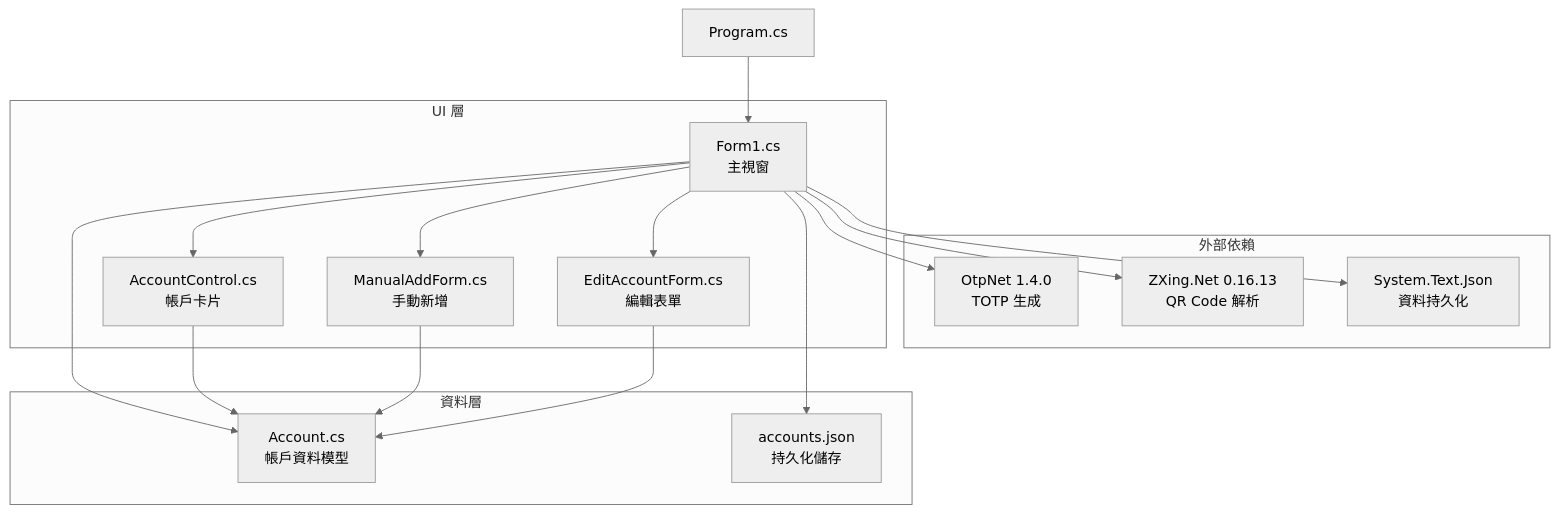
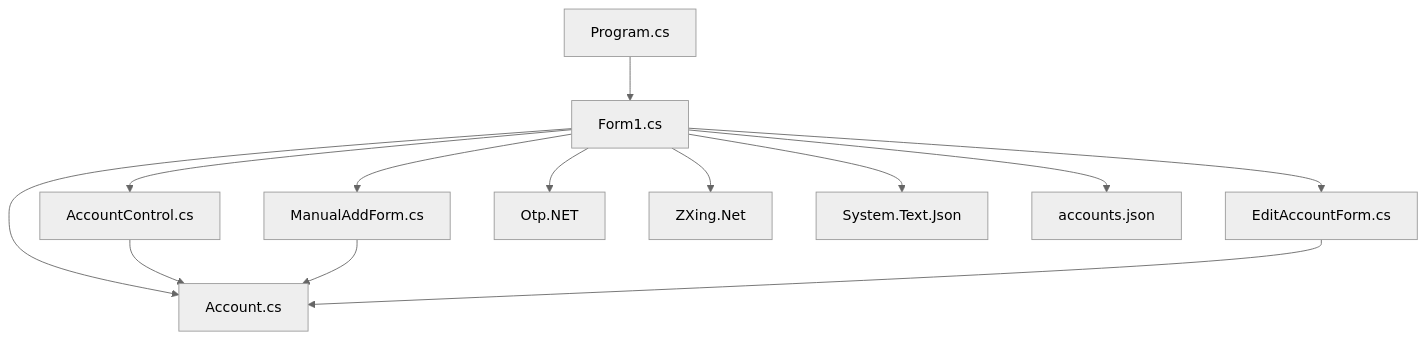
The second of 6 diagrams in README.md (DAOjun0690/TOTPAuthenticator), drawn with Mermaid (neutral theme) before and after one commit. The commit also changed other lines of this file and 16 other files, not shown here.

````diff
--- a/README.md
+++ b/README.md
@@ -53,36 +173,18 @@
 ```mermaid
 graph TB
     Program[Program.cs] --> Form1[Form1.cs]
-    
+
     Form1 --> Account[Account.cs]
     Form1 --> AccountControl[AccountControl.cs]
     Form1 --> ManualAddForm[ManualAddForm.cs]
     Form1 --> EditAccountForm[EditAccountForm.cs]
-    Form1 --> OtpNet[OtpNet 套件]
-    Form1 --> ZXing[ZXing 套件]
+    Form1 --> OtpNet[Otp.NET]
+    Form1 --> ZXing[ZXing.Net]
     Form1 --> JSON[System.Text.Json]
-    
+
     AccountControl --> Account
     ManualAddForm --> Account
     EditAccountForm --> Account
-    
-    subgraph "外部依賴"
-        OtpNet["OtpNet 1.4.0<br/>TOTP 生成"]
-        ZXing["ZXing.Net 0.16.13<br/>QR Code 解析"]
-        JSON["System.Text.Json<br/>資料持久化"]
-    end
-    
-    subgraph "資料層"
-        Account["Account.cs<br/>帳戶資料模型"]
-        AccountsFile["accounts.json<br/>持久化儲存"]
-    end
-    
-    subgraph "UI 層"
-        Form1["Form1.cs<br/>主視窗"]
-        AccountControl["AccountControl.cs<br/>帳戶卡片"]
-        ManualAddForm["ManualAddForm.cs<br/>手動新增"]
-        EditAccountForm["EditAccountForm.cs<br/>編輯表單"]
-    end
-    
-    Form1 --> AccountsFile
+
+    Form1 --> AccountsFile[accounts.json]
 ```
````
